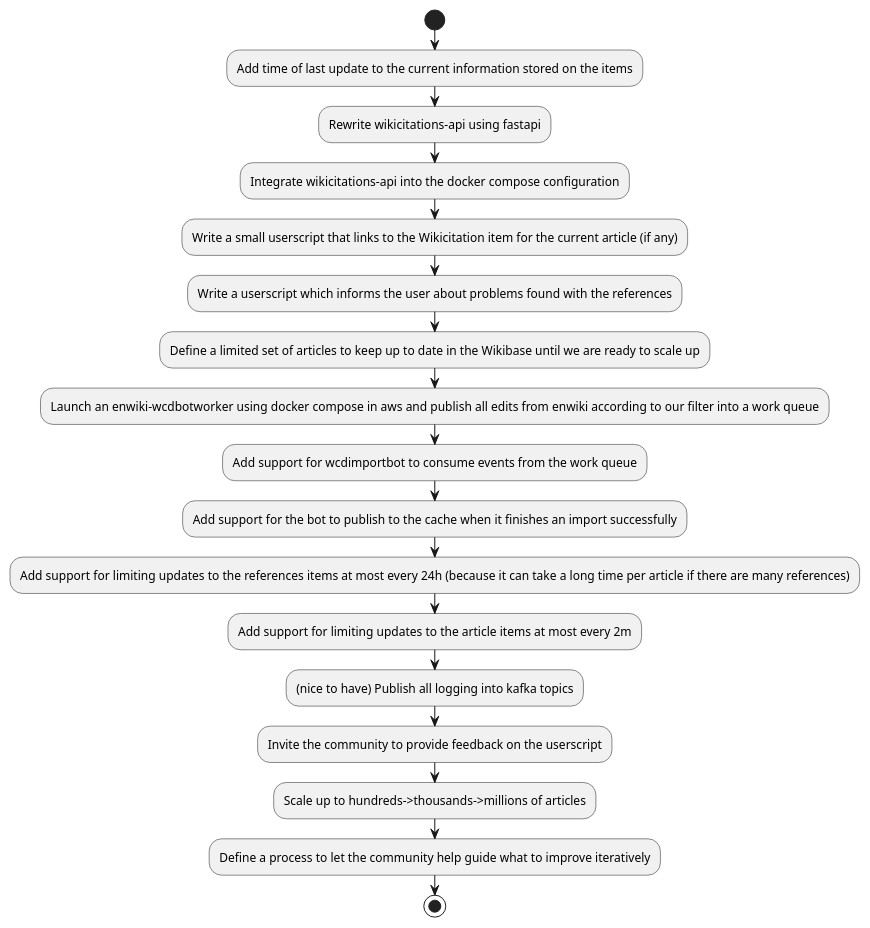
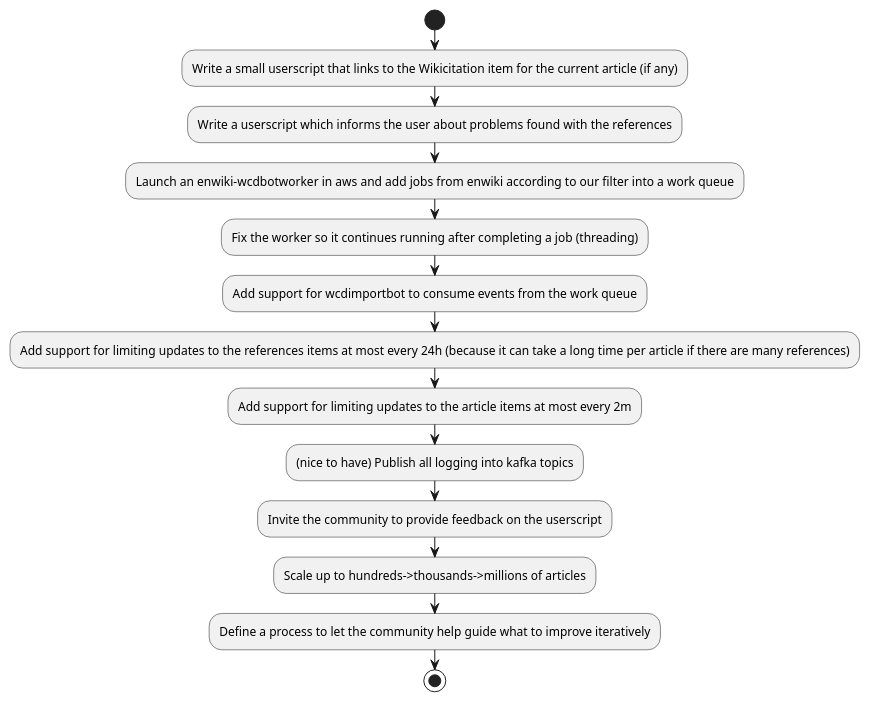
The diagram in diagrams/roadmap.puml (internetarchive/iari), drawn with PlantUML before and after one commit. The commit also changed 2 other files, not shown here.

Commit message:
Update roadmap and add more png files

```diff
--- a/diagrams/roadmap.puml
+++ b/diagrams/roadmap.puml
@@ -1,22 +1,18 @@
 @startuml
 'https://plantuml.com/activity-diagram-beta
 
 start
-:Add time of last update to the current information stored on the items;
-:Rewrite wikicitations-api using fastapi;
-:Integrate wikicitations-api into the docker compose configuration;
 :Write a small userscript that links to the Wikicitation item for the current article (if any);
 :Write a userscript which informs the user about problems found with the references;
-:Define a limited set of articles to keep up to date in the Wikibase until we are ready to scale up;
-:Launch an enwiki-wcdbotworker using docker compose in aws and publish all edits from enwiki according to our filter into a work queue;
+:Launch an enwiki-wcdbotworker in aws and add jobs from enwiki according to our filter into a work queue;
+:Fix the worker so it continues running after completing a job (threading);
 :Add support for wcdimportbot to consume events from the work queue;
-:Add support for the bot to publish to the cache when it finishes an import successfully;
 :Add support for limiting updates to the references items at most every 24h (because it can take a long time per article if there are many references);
 :Add support for limiting updates to the article items at most every 2m;
 :(nice to have) Publish all logging into kafka topics;
 :Invite the community to provide feedback on the userscript;
 :Scale up to hundreds->thousands->millions of articles;
 :Define a process to let the community help guide what to improve iteratively;
 stop
 
 @enduml
```
